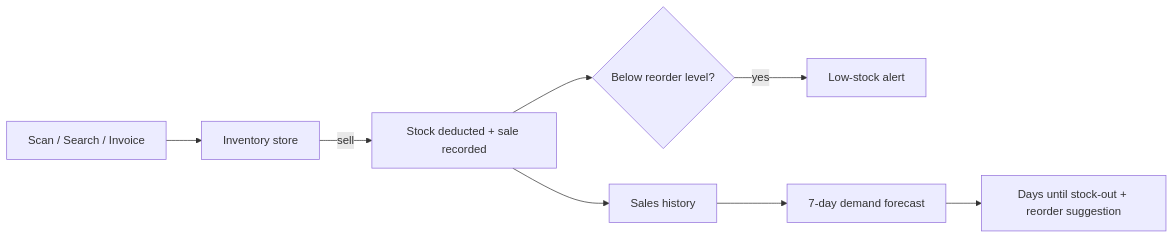
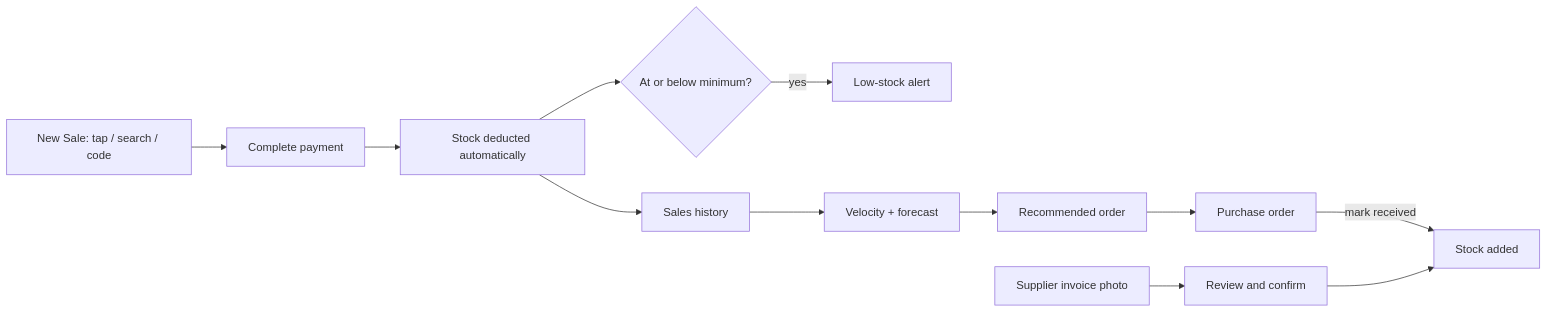
One commit to Avaneendhra/retail-pro-prototype changed the diagram in README.md. Above: the diagram before and after it, drawn with Mermaid. The commit also changed other lines of this file and 30 other files, not shown here.

First line of the commit message:
Add POS billing, invoice AI, forecasting, purchase orders, 4 languages

````diff
--- a/README.md
+++ b/README.md
@@ -31,10 +32,13 @@
 ```mermaid
 flowchart LR
-    A[Scan / Search / Invoice] --> B[Inventory store]
-    B -->|sell| C[Stock deducted + sale recorded]
-    C --> D{Below reorder level?}
+    A[New Sale: tap / search / code] --> B[Complete payment]
+    B --> C[Stock deducted automatically]
+    C --> D{At or below minimum?}
     D -->|yes| E[Low-stock alert]
     C --> F[Sales history]
-    F --> G[7-day demand forecast]
-    G --> H[Days until stock-out + reorder suggestion]
+    F --> G[Velocity + forecast]
+    G --> H[Recommended order]
+    H --> I[Purchase order]
+    I -->|mark received| J[Stock added]
+    K[Supplier invoice photo] --> L[Review and confirm] --> J
 ```
````
